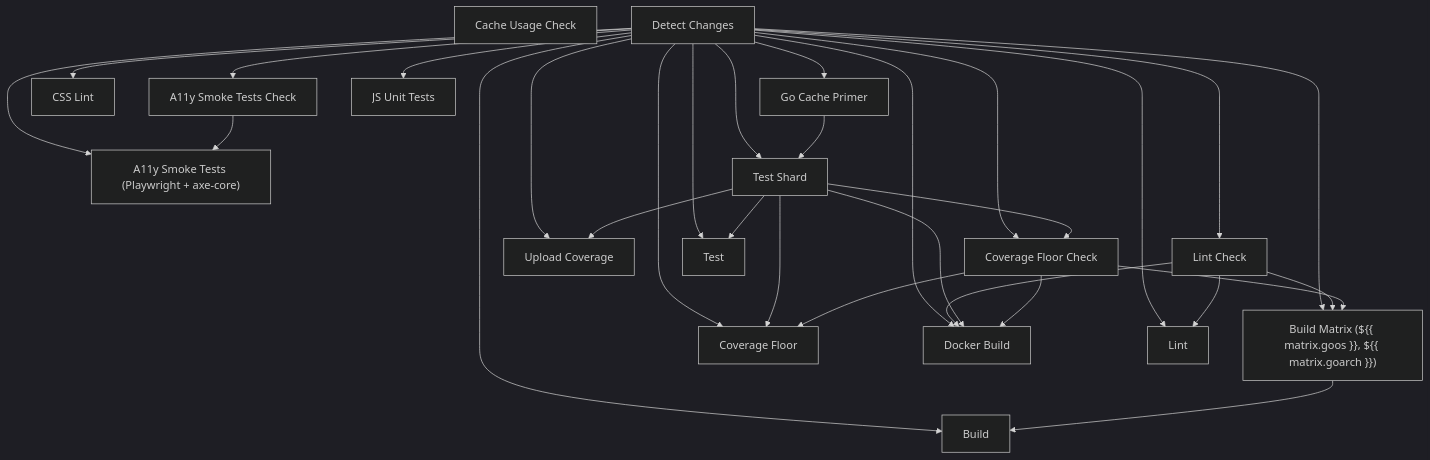
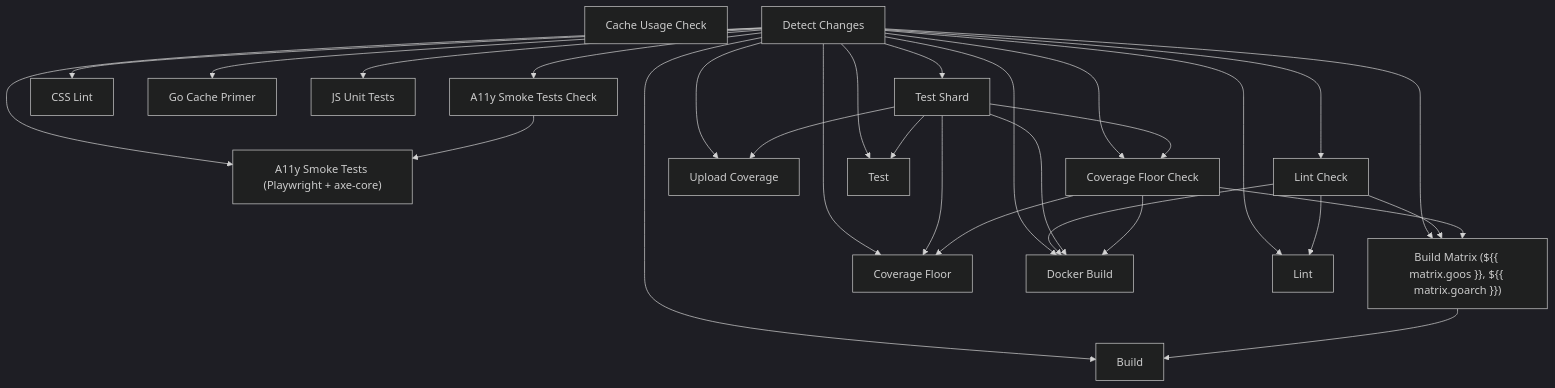
Before and after one commit to sydlexius/stillwater: the diagram in docs/_generated/ci-reference.md, drawn with Mermaid (dark theme). The commit also changed 1 other file, not shown here.

````diff
--- a/docs/_generated/ci-reference.md
+++ b/docs/_generated/ci-reference.md
@@ -9,50 +9,49 @@
 ```mermaid
 flowchart TD
     a11y_summary["A11y Smoke Tests (Playwright + axe-core)"]
     a11y_test["A11y Smoke Tests Check"]
     build["Build"]
     build_matrix["Build Matrix (${{ matrix.goos }}, ${{ matrix.goarch }})"]
     cache_usage["Cache Usage Check"]
     changes["Detect Changes"]
     coverage_floor["Coverage Floor Check"]
     coverage_floor_summary["Coverage Floor"]
     coverage_upload["Upload Coverage"]
     css_lint["CSS Lint"]
     docker["Docker Build"]
     go_cache_primer["Go Cache Primer"]
     js_test["JS Unit Tests"]
     lint["Lint Check"]
     lint_summary["Lint"]
     test["Test Shard"]
     test_summary["Test"]
 
     changes --> a11y_summary
     a11y_test --> a11y_summary
     changes --> a11y_test
     changes --> build
     build_matrix --> build
     changes --> build_matrix
     lint --> build_matrix
     coverage_floor --> build_matrix
     changes --> coverage_floor
     test --> coverage_floor
     changes --> coverage_floor_summary
     test --> coverage_floor_summary
     coverage_floor --> coverage_floor_summary
     changes --> coverage_upload
     test --> coverage_upload
     changes --> css_lint
     changes --> docker
     lint --> docker
     test --> docker
     coverage_floor --> docker
     changes --> go_cache_primer
     changes --> js_test
     changes --> lint
     changes --> lint_summary
     lint --> lint_summary
     changes --> test
-    go_cache_primer --> test
     changes --> test_summary
     test --> test_summary
 ```
````
